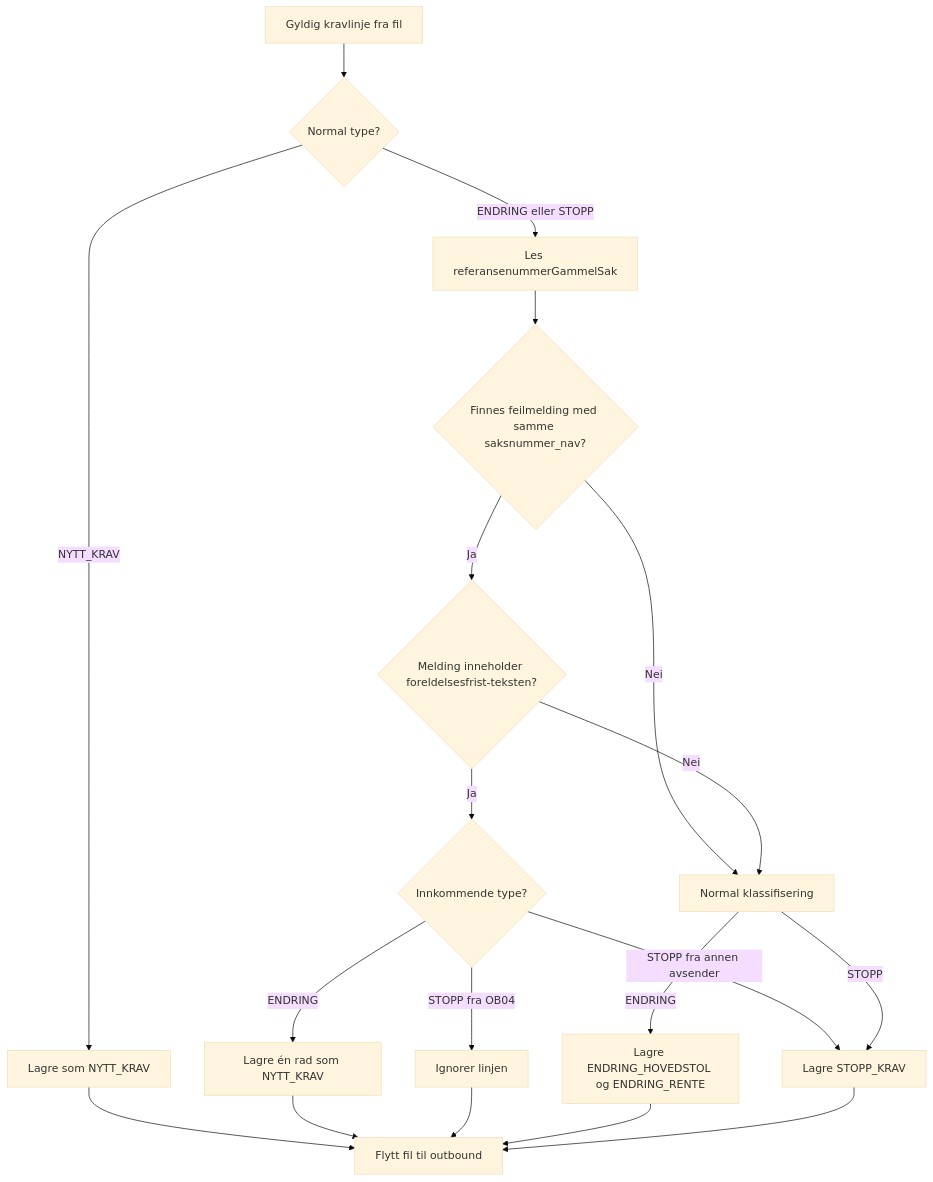
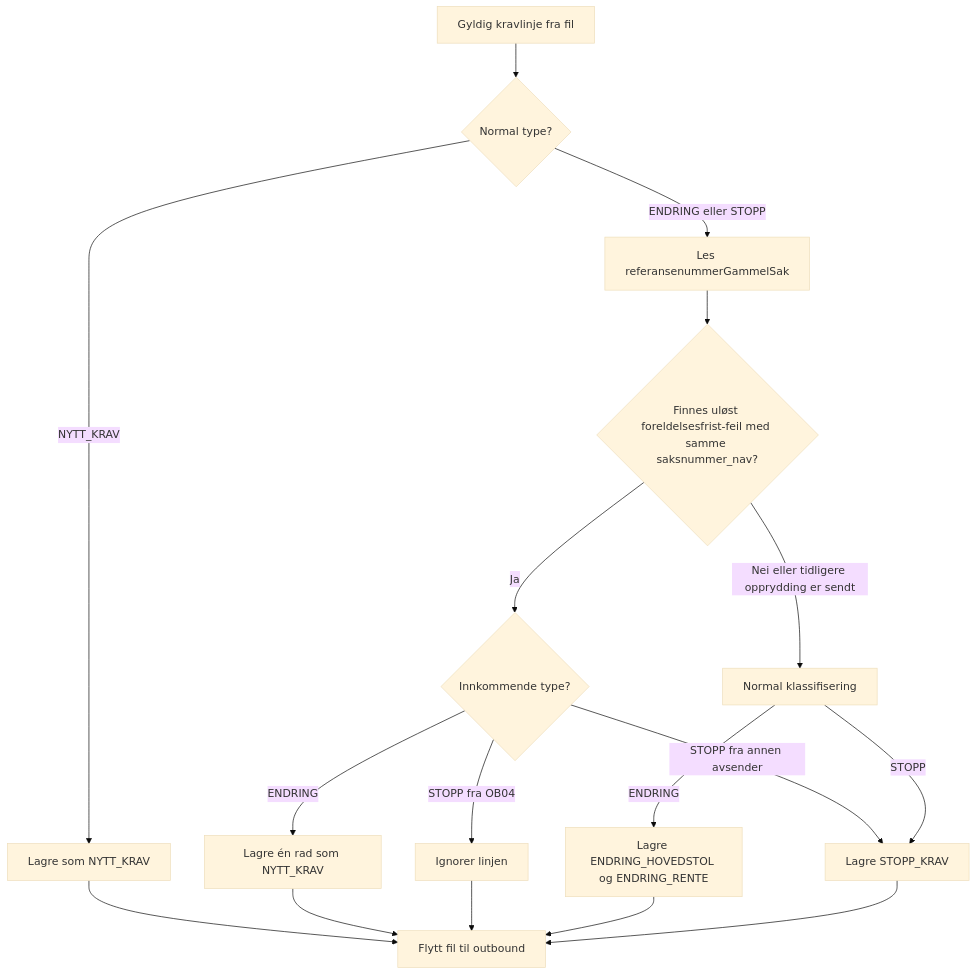
The first of 2 diagrams in dokumentasjon/Oppryddingsspor_foreldelsesfrist.md (navikt/sokos-ske-krav), drawn with Mermaid (base theme) before and after one commit. The commit also changed other lines of this file and 4 other files, not shown here.

````diff
--- a/dokumentasjon/Oppryddingsspor_foreldelsesfrist.md
+++ b/dokumentasjon/Oppryddingsspor_foreldelsesfrist.md
@@ -21,21 +21,19 @@
 ```mermaid
 flowchart TD
     A[Gyldig kravlinje fra fil] --> B{Normal type?}
     B -->|NYTT_KRAV| N[Lagre som NYTT_KRAV]
     B -->|ENDRING eller STOPP| C[Les referansenummerGammelSak]
-    C --> D{Finnes feilmelding med samme saksnummer_nav?}
-    D -->|Nei| E[Normal klassifisering]
-    D -->|Ja| F{Melding inneholder foreldelsesfrist-teksten?}
-    F -->|Nei| E
-    F -->|Ja| G{Innkommende type?}
+    C --> D{Finnes uløst foreldelsesfrist-feil med samme saksnummer_nav?}
+    D -->|Nei eller tidligere opprydding er sendt| E[Normal klassifisering]
+    D -->|Ja| G{Innkommende type?}
     G -->|ENDRING| H[Lagre én rad som NYTT_KRAV]
     G -->|STOPP fra OB04| I[Ignorer linjen]
     G -->|STOPP fra annen avsender| K
     E -->|ENDRING| J[Lagre ENDRING_HOVEDSTOL og ENDRING_RENTE]
     E -->|STOPP| K[Lagre STOPP_KRAV]
     N --> L[Flytt fil til outbound]
     H --> L
     I --> L
     J --> L
     K --> L
 ```
````
